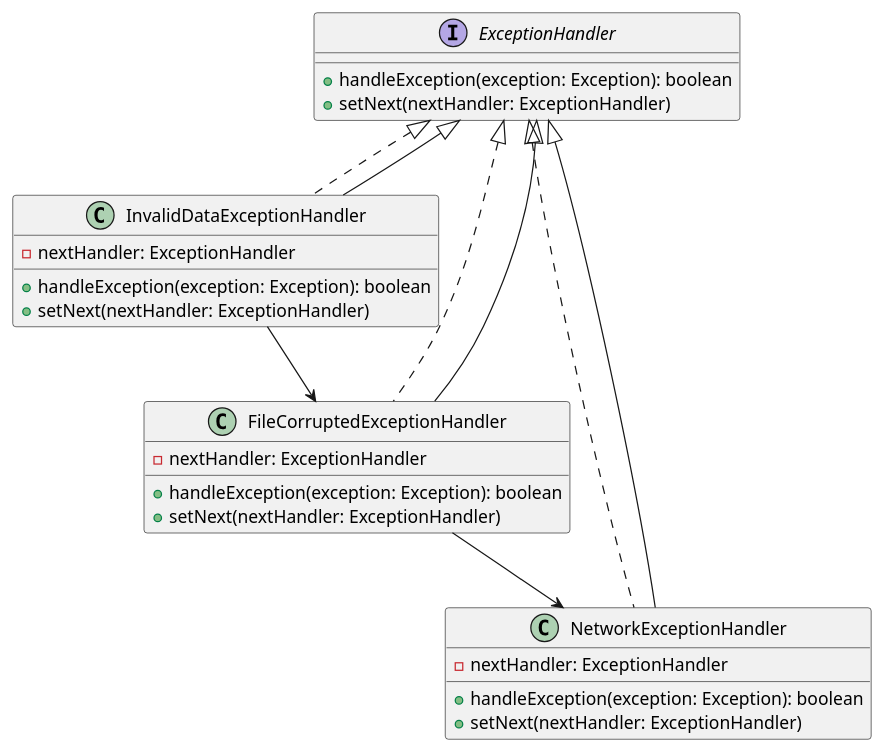
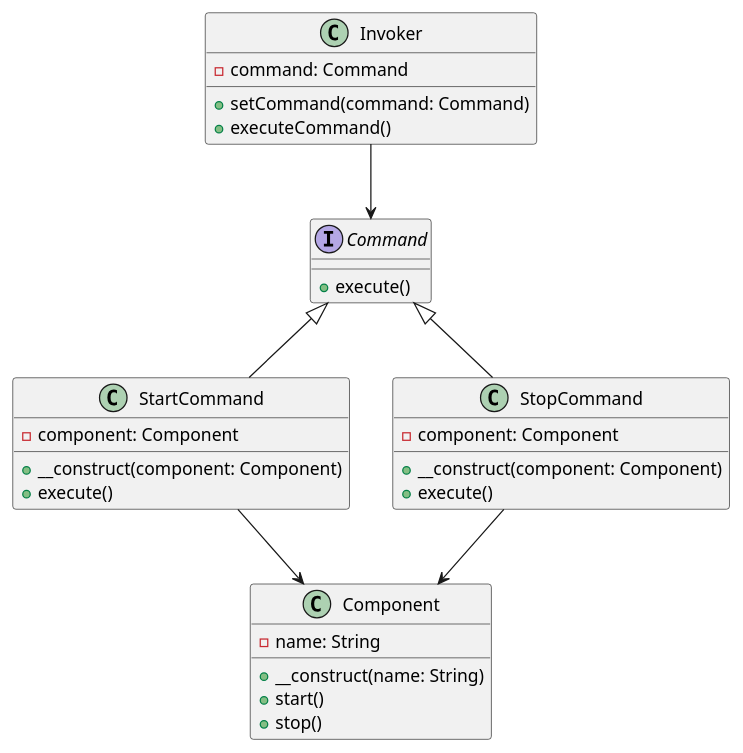
The diagram in klassifikaciya-patternov/povedencheskie-patterny-behavioral-patterns/komanda-command/primery/upravlenie-sostoyaniem-prilozheniya/php.md (andrewovchinnikov/design-patterns), drawn with PlantUML before and after one commit. The commit also changed other lines of this file and 5 other files, not shown here.

````diff
--- a/klassifikaciya-patternov/povedencheskie-patterny-behavioral-patterns/komanda-command/primery/upravlenie-sostoyaniem-prilozheniya/php.md
+++ b/klassifikaciya-patternov/povedencheskie-patterny-behavioral-patterns/komanda-command/primery/upravlenie-sostoyaniem-prilozheniya/php.md
@@ -13,32 +127,38 @@
 ```plantuml
 @startuml
-interface ExceptionHandler {
-    +handleException(exception: Exception): boolean
-    +setNext(nextHandler: ExceptionHandler)
+interface Command {
+    +execute()
 }
 
-class InvalidDataExceptionHandler implements ExceptionHandler {
-    -nextHandler: ExceptionHandler
-    +handleException(exception: Exception): boolean
-    +setNext(nextHandler: ExceptionHandler)
+class StartCommand {
+    -component: Component
+    +__construct(component: Component)
+    +execute()
 }
 
-class FileCorruptedExceptionHandler implements ExceptionHandler {
-    -nextHandler: ExceptionHandler
-    +handleException(exception: Exception): boolean
-    +setNext(nextHandler: ExceptionHandler)
+class StopCommand {
+    -component: Component
+    +__construct(component: Component)
+    +execute()
 }
 
-class NetworkExceptionHandler implements ExceptionHandler {
-    -nextHandler: ExceptionHandler
-    +handleException(exception: Exception): boolean
-    +setNext(nextHandler: ExceptionHandler)
+class Component {
+    -name: String
+    +__construct(name: String)
+    +start()
+    +stop()
 }
 
-ExceptionHandler <|-- InvalidDataExceptionHandler
-ExceptionHandler <|-- FileCorruptedExceptionHandler
-ExceptionHandler <|-- NetworkExceptionHandler
-InvalidDataExceptionHandler --> FileCorruptedExceptionHandler
-FileCorruptedExceptionHandler --> NetworkExceptionHandler
+class Invoker {
+    -command: Command
+    +setCommand(command: Command)
+    +executeCommand()
+}
+
+Command <|-- StartCommand
+Command <|-- StopCommand
+StartCommand --> Component
+StopCommand --> Component
+Invoker --> Command
 @enduml
 ```
````
